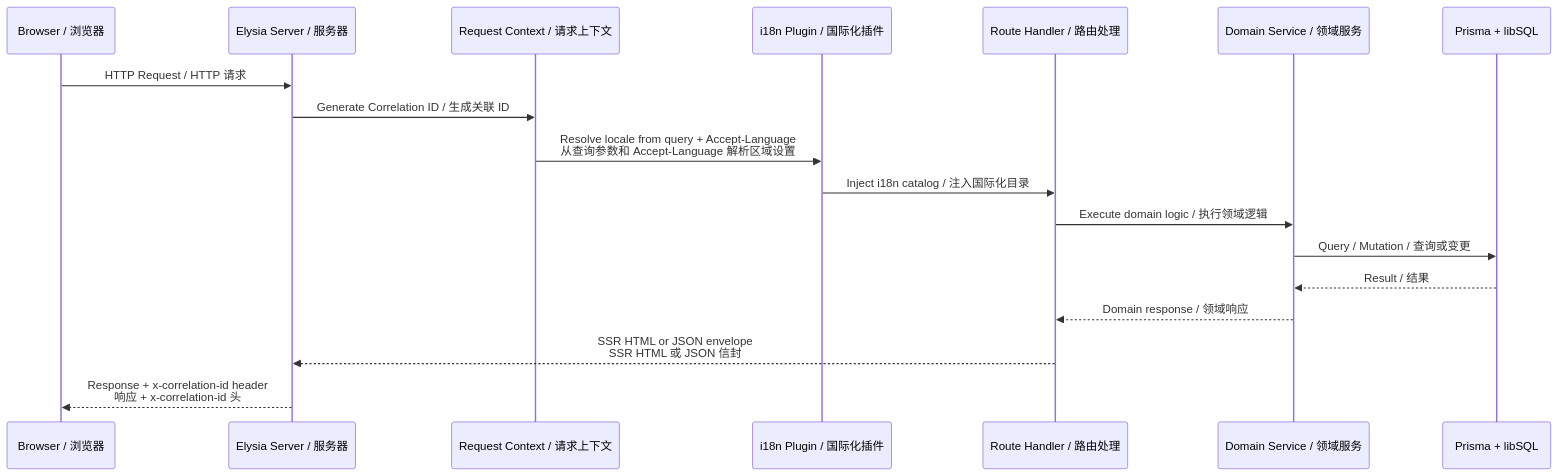
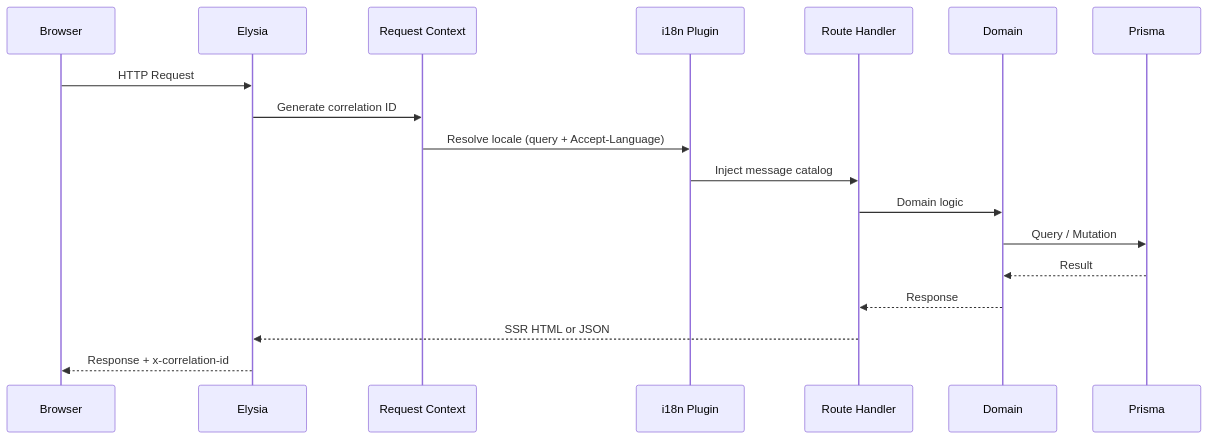
The second of 8 diagrams in README.md (d4551/tea), drawn with Mermaid before and after one commit. The commit also changed other lines of this file, not shown here.

````diff
--- a/README.md
+++ b/README.md
@@ -114,21 +139,21 @@
 ```mermaid
 sequenceDiagram
-  participant B as Browser / 浏览器
-  participant E as Elysia Server / 服务器
-  participant RC as Request Context / 请求上下文
-  participant I18N as i18n Plugin / 国际化插件
-  participant R as Route Handler / 路由处理
-  participant D as Domain Service / 领域服务
-  participant DB as Prisma + libSQL
+  participant B as Browser
+  participant E as Elysia
+  participant RC as Request Context
+  participant I as i18n Plugin
+  participant R as Route Handler
+  participant D as Domain
+  participant DB as Prisma
 
-  B->>E: HTTP Request / HTTP 请求
-  E->>RC: Generate Correlation ID / 生成关联 ID
-  RC->>I18N: Resolve locale from query + Accept-Language<br/>从查询参数和 Accept-Language 解析区域设置
-  I18N->>R: Inject i18n catalog / 注入国际化目录
-  R->>D: Execute domain logic / 执行领域逻辑
-  D->>DB: Query / Mutation / 查询或变更
-  DB-->>D: Result / 结果
-  D-->>R: Domain response / 领域响应
-  R-->>E: SSR HTML or JSON envelope<br/>SSR HTML 或 JSON 信封
-  E-->>B: Response + x-correlation-id header<br/>响应 + x-correlation-id 头
+  B->>E: HTTP Request
+  E->>RC: Generate correlation ID
+  RC->>I: Resolve locale (query + Accept-Language)
+  I->>R: Inject message catalog
+  R->>D: Domain logic
+  D->>DB: Query / Mutation
+  DB-->>D: Result
+  D-->>R: Response
+  R-->>E: SSR HTML or JSON
+  E-->>B: Response + x-correlation-id
 ```
````
